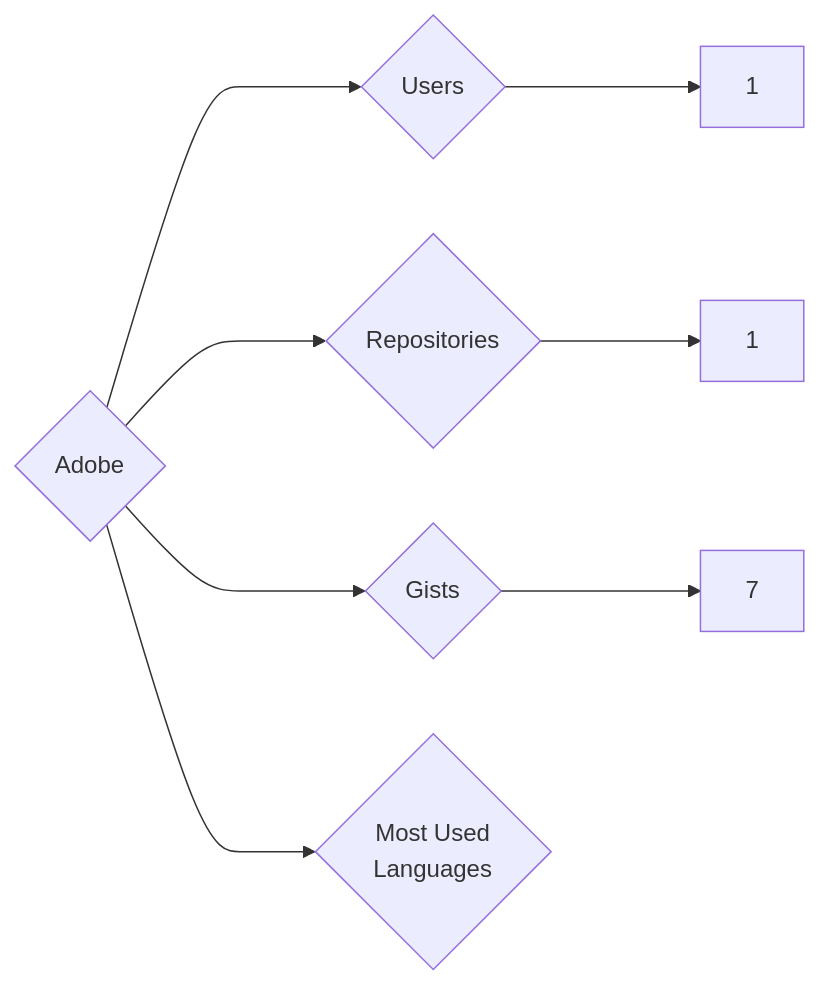
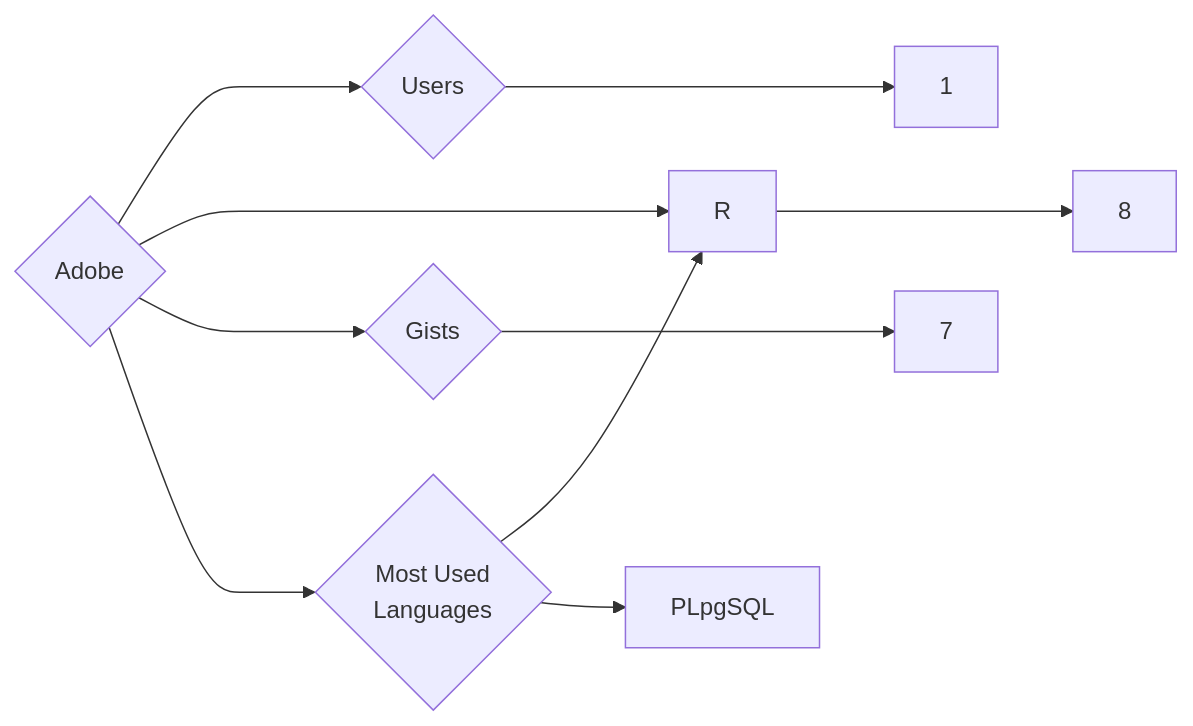
The diagram in targets/Adobe/README.md (trickest/insiders), drawn with Mermaid before and after one commit. The commit also changed 1036 other files, not shown here.

````diff
--- a/targets/Adobe/README.md
+++ b/targets/Adobe/README.md
@@ -3,8 +3,10 @@
 ```mermaid
 graph LR
 COMPANY_NAME{Adobe}
 COMPANY_NAME ---> U{Users} ---> UN[1]
-COMPANY_NAME ---> R{Repositories} ---> RN[1]
+COMPANY_NAME ---> R{Repositories} ---> RN[8]
 COMPANY_NAME ---> G{Gists} ---> GN[7]
 COMPANY_NAME ---> ML{Most Used<br>Languages}
+ML --> R[R]
+ML --> PLpgSQL[PLpgSQL]
 ```
````
